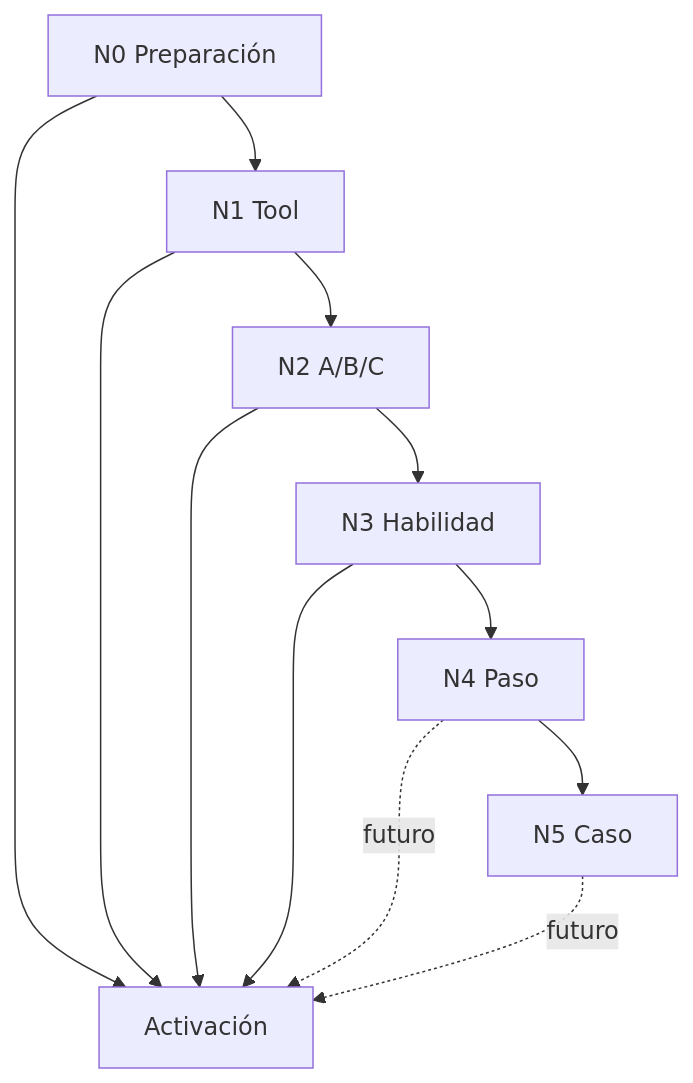
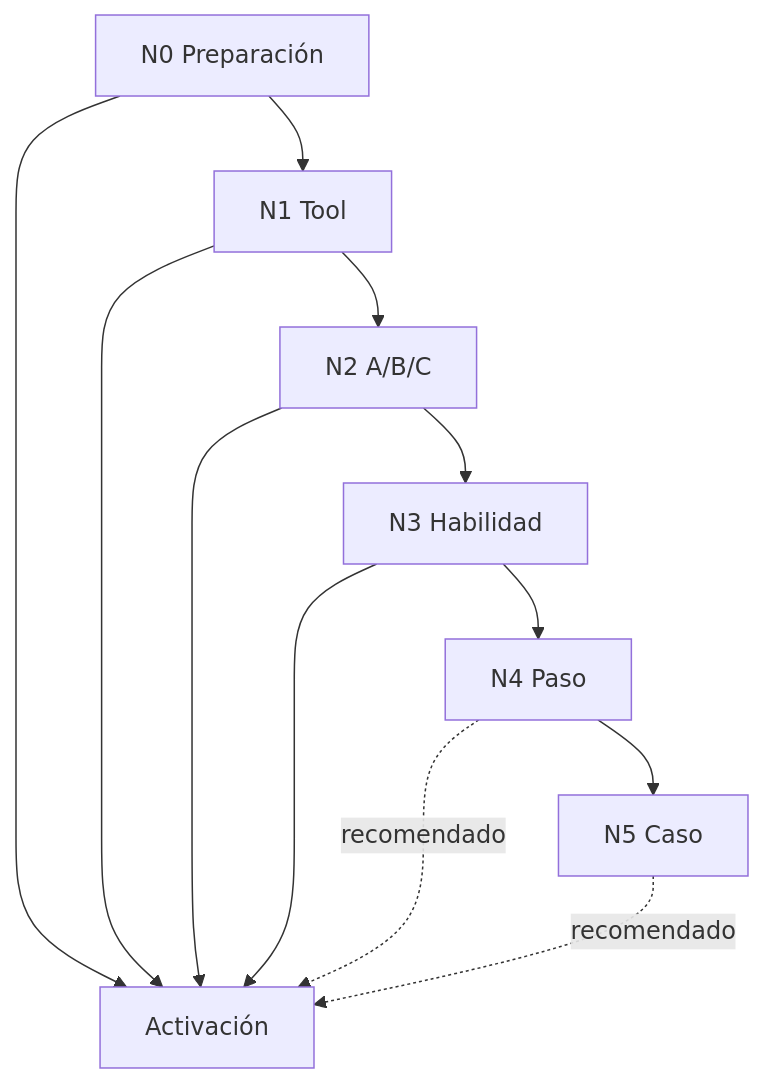
One commit to janotowers/10x-builders-agent changed the diagram in docs/operational-cases/testing-framework.md. Above: the diagram before and after it, drawn with Mermaid. The commit also changed other lines of this file and 12 other files, not shown here.

````diff
--- a/docs/operational-cases/testing-framework.md
+++ b/docs/operational-cases/testing-framework.md
@@ -52,14 +52,14 @@
 ```mermaid
 flowchart TB
   N0[N0 Preparación] --> N1[N1 Tool]
   N1 --> N2[N2 A/B/C]
   N2 --> N3[N3 Habilidad]
   N3 --> N4[N4 Paso]
   N4 --> N5[N5 Caso]
   N0 --> Activate[Activación]
   N1 --> Activate
   N2 --> Activate
   N3 --> Activate
-  N4 -.->|futuro| Activate
-  N5 -.->|futuro| Activate
+  N4 -.->|recomendado| Activate
+  N5 -.->|recomendado| Activate
 ```
````
